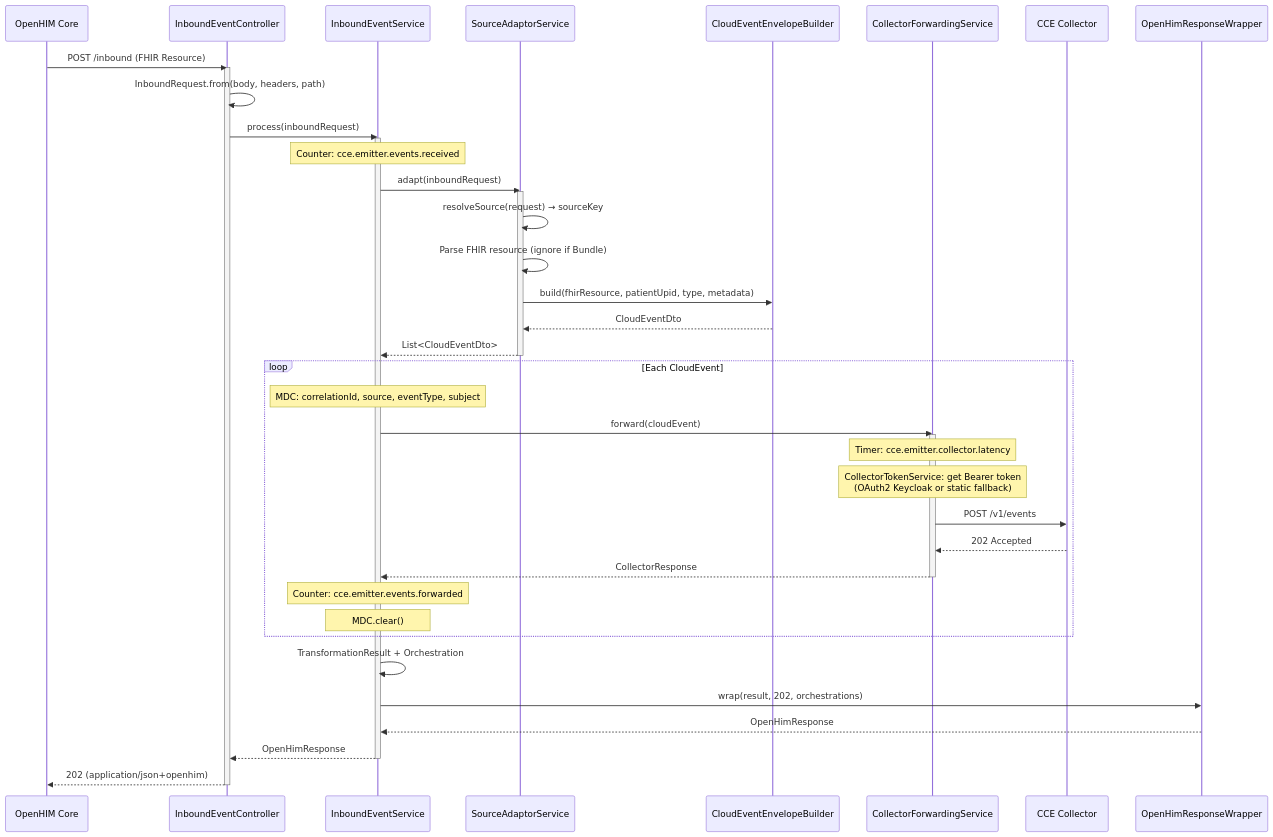
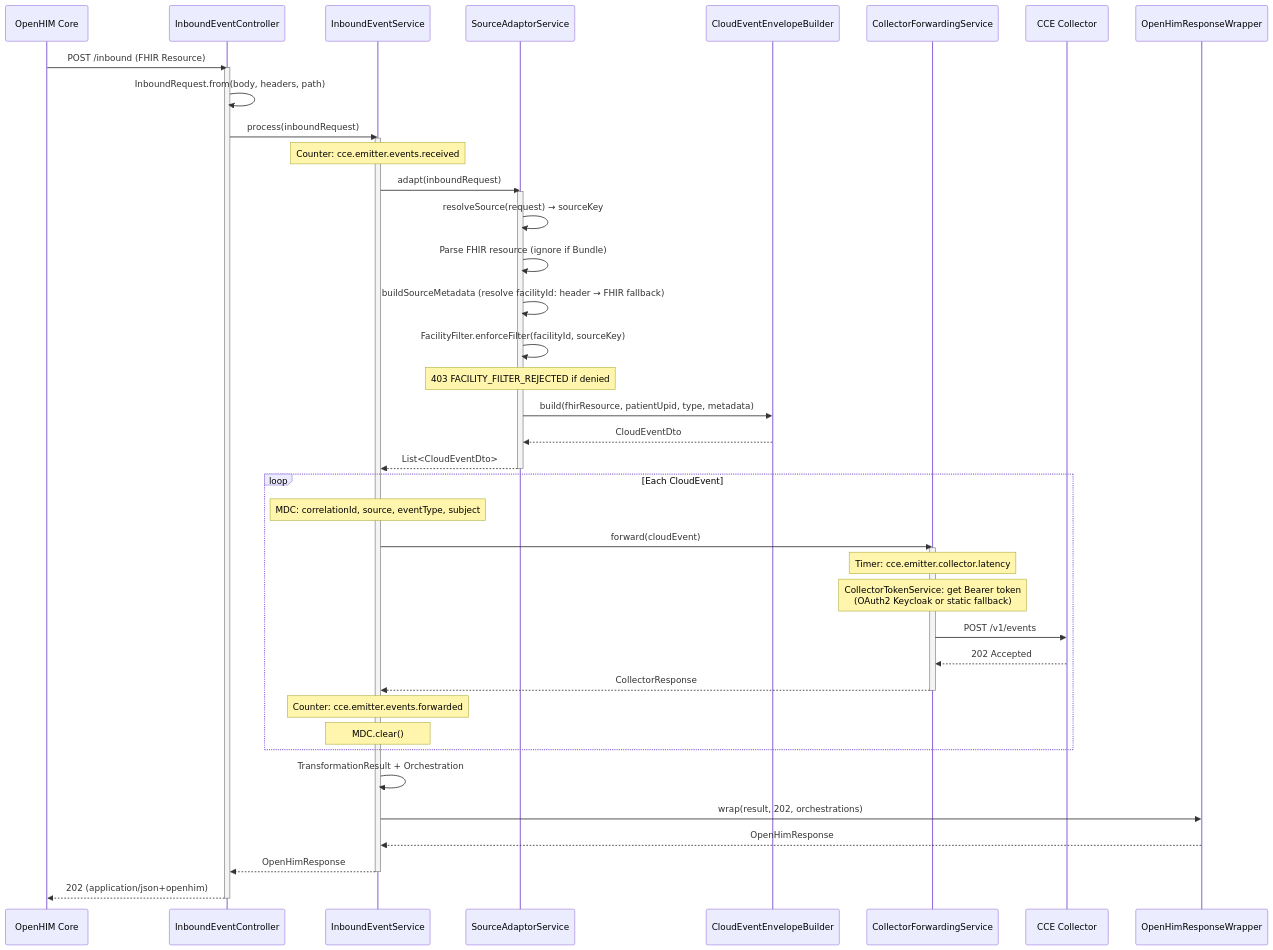
The second of 8 diagrams in docs/flow-diagrams.md (Jayaprakash8887/openhim-cce-emitter-adaptor), drawn with Mermaid before and after one commit. The commit also changed other lines of this file and 21 other files, not shown here.

First line of the commit message:
Feat: add configurable facility allowlist filter

````diff
--- a/docs/flow-diagrams.md
+++ b/docs/flow-diagrams.md
@@ -47,54 +47,57 @@
 ```mermaid
 sequenceDiagram
     participant OHC as OpenHIM Core
     participant Ctrl as InboundEventController
     participant EvtSvc as InboundEventService
     participant Svc as SourceAdaptorService
     participant CE as CloudEventEnvelopeBuilder
     participant Fwd as CollectorForwardingService
     participant Col as CCE Collector
     participant Wrap as OpenHimResponseWrapper
 
     OHC->>Ctrl: POST /inbound (FHIR Resource)
     activate Ctrl
 
     Ctrl->>Ctrl: InboundRequest.from(body, headers, path)
 
     Ctrl->>EvtSvc: process(inboundRequest)
     activate EvtSvc
 
     Note over EvtSvc: Counter: cce.emitter.events.received
 
     EvtSvc->>Svc: adapt(inboundRequest)
     activate Svc
     Svc->>Svc: resolveSource(request) → sourceKey
     Svc->>Svc: Parse FHIR resource (ignore if Bundle)
+    Svc->>Svc: buildSourceMetadata (resolve facilityId: header → FHIR fallback)
+    Svc->>Svc: FacilityFilter.enforceFilter(facilityId, sourceKey)
+    Note over Svc: 403 FACILITY_FILTER_REJECTED if denied
     Svc->>CE: build(fhirResource, patientUpid, type, metadata)
     CE-->>Svc: CloudEventDto
     Svc-->>EvtSvc: List<CloudEventDto>
     deactivate Svc
 
     loop Each CloudEvent
         Note over EvtSvc: MDC: correlationId, source, eventType, subject
         EvtSvc->>Fwd: forward(cloudEvent)
         activate Fwd
         Note over Fwd: Timer: cce.emitter.collector.latency
         Note over Fwd: CollectorTokenService: get Bearer token<br/>(OAuth2 Keycloak or static fallback)
         Fwd->>Col: POST /v1/events
         Col-->>Fwd: 202 Accepted
         Fwd-->>EvtSvc: CollectorResponse
         deactivate Fwd
         Note over EvtSvc: Counter: cce.emitter.events.forwarded
         Note over EvtSvc: MDC.clear()
     end
 
     EvtSvc->>EvtSvc: TransformationResult + Orchestration
     EvtSvc->>Wrap: wrap(result, 202, orchestrations)
     Wrap-->>EvtSvc: OpenHimResponse
 
     EvtSvc-->>Ctrl: OpenHimResponse
     deactivate EvtSvc
 
     Ctrl-->>OHC: 202 (application/json+openhim)
     deactivate Ctrl
 ```
````
